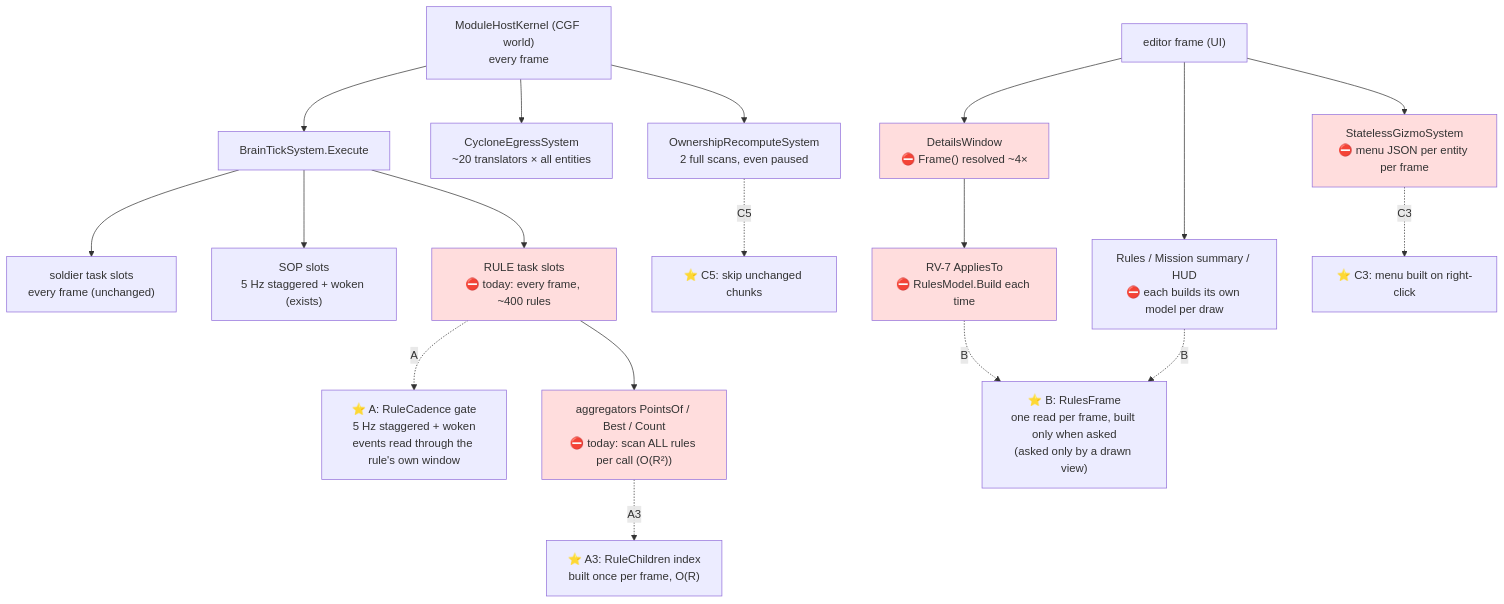
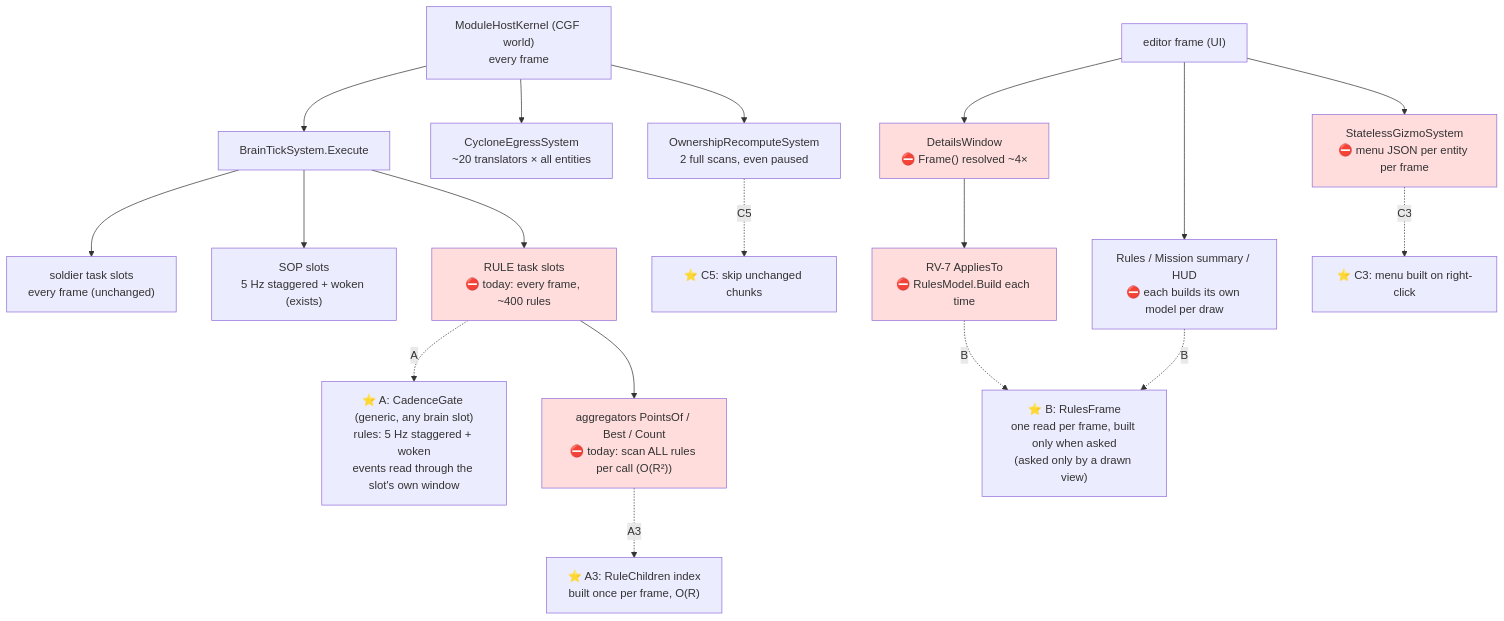
The first of 5 diagrams in docs/DESIGN_Evaluation_Cost_And_Cadence.md (pjanec/HROT), drawn with Mermaid before and after one commit. The commit also changed other lines of this file and 1 other file, not shown here.

First line of the commit message:
DESIGN_Evaluation_Cost_And_Cadence §3.0: the cadence is a generic brain mechanism (Cadence, BrainCadence, CadenceGate) in the behaviour toolkit; rules are one policy, the SOP slot moves onto it

````diff
--- a/docs/DESIGN_Evaluation_Cost_And_Cadence.md
+++ b/docs/DESIGN_Evaluation_Cost_And_Cadence.md
@@ -57,25 +57,25 @@
 ```mermaid
 graph TD
   K["ModuleHostKernel (CGF world)<br/>every frame"] --> BT["BrainTickSystem.Execute"]
   BT --> SOL["soldier task slots<br/>every frame (unchanged)"]
   BT --> SOP["SOP slots<br/>5 Hz staggered + woken (exists)"]
   BT --> RUL["RULE task slots<br/>⛔ today: every frame, ~400 rules"]
-  RUL -.A.-> RC["⭐ A: RuleCadence gate<br/>5 Hz staggered + woken<br/>events read through the rule's own window"]
+  RUL -.A.-> RC["⭐ A: CadenceGate (generic, any brain slot)<br/>rules: 5 Hz staggered + woken<br/>events read through the slot's own window"]
   RUL --> AGG["aggregators PointsOf / Best / Count<br/>⛔ today: scan ALL rules per call (O(R²))"]
   AGG -.A3.-> IDX["⭐ A3: RuleChildren index<br/>built once per frame, O(R)"]
   K --> EGR["CycloneEgressSystem<br/>~20 translators × all entities"]
   K --> OWN["OwnershipRecomputeSystem<br/>2 full scans, even paused"]
   OWN -.C5.-> OG["⭐ C5: skip unchanged chunks"]
   UI["editor frame (UI)"] --> DET["DetailsWindow<br/>⛔ Frame() resolved ~4×"]
   DET --> RV7["RV-7 AppliesTo<br/>⛔ RulesModel.Build each time"]
   UI --> RW["Rules / Mission summary / HUD<br/>⛔ each builds its own model per draw"]
   RV7 -.B.-> RF["⭐ B: RulesFrame<br/>one read per frame, built only when asked<br/>(asked only by a drawn view)"]
   RW -.B.-> RF
   UI --> GZ["StatelessGizmoSystem<br/>⛔ menu JSON per entity per frame"]
   GZ -.C3.-> RCM["⭐ C3: menu built on right-click"]
   style RUL fill:#fdd
   style AGG fill:#fdd
   style RV7 fill:#fdd
   style GZ fill:#fdd
   style DET fill:#fdd
 ```
````
